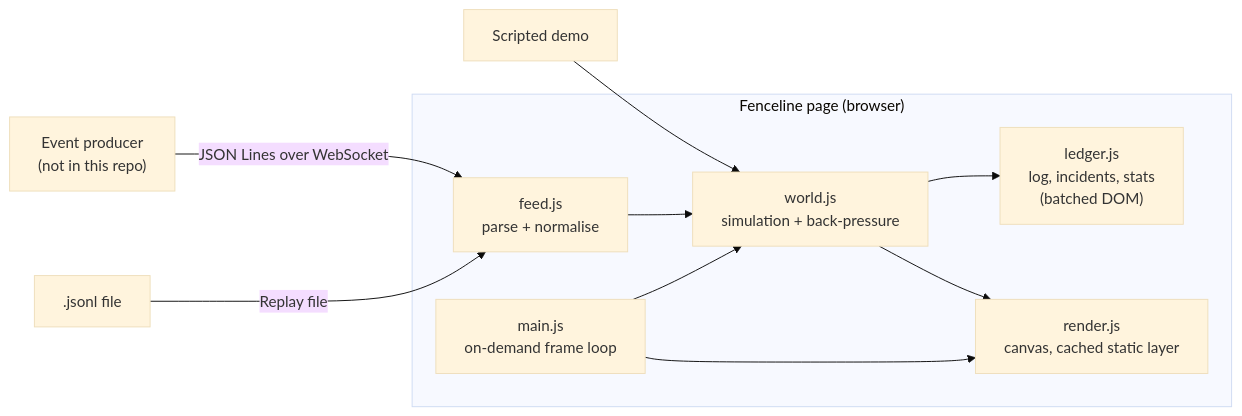
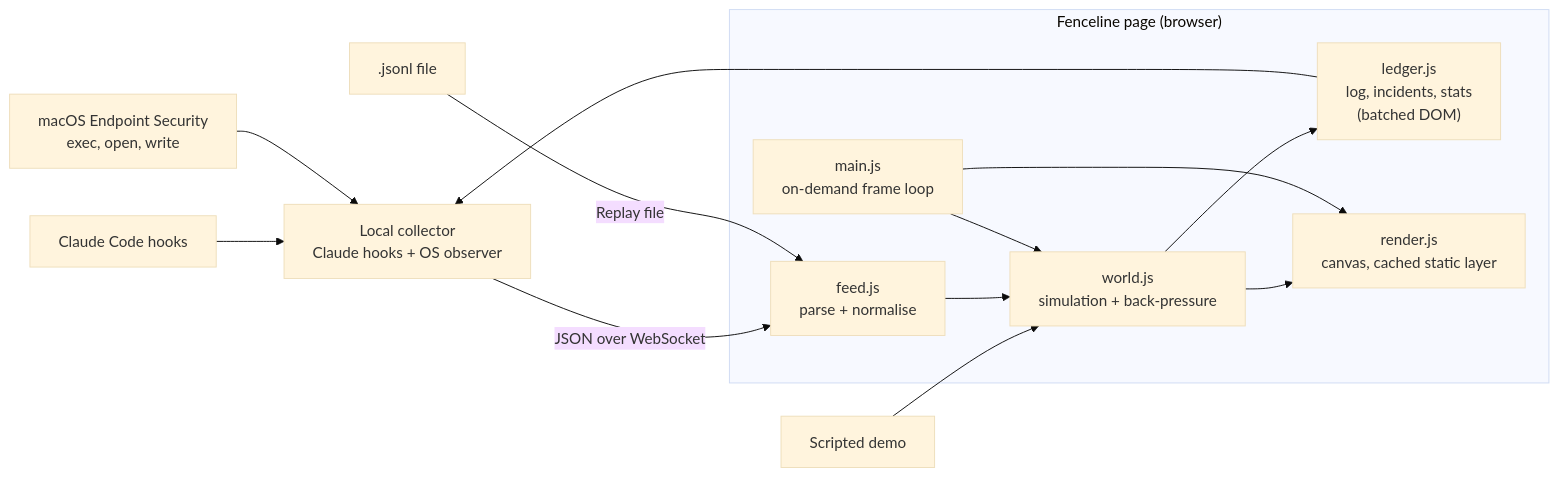
Before and after one commit to kay-bluhuntr/fenceline: the diagram in docs/architecture.md, drawn with Mermaid (base theme). The commit also changed other lines of this file and 28 other files, not shown here.

````diff
--- a/docs/architecture.md
+++ b/docs/architecture.md
@@ -6,13 +7,16 @@
 ```mermaid
 flowchart LR
-  P["Event producer<br/>(not in this repo)"] -- "JSON Lines over WebSocket" --> F
+  H["Claude Code hooks"] --> COLLECTOR["Local collector<br/>Claude hooks + OS observer"]
+  E["macOS Endpoint Security<br/>exec, open, write"] --> COLLECTOR
+  L["Lite sampler<br/>ps + lsof"] --> COLLECTOR
+  COLLECTOR -- "JSON over WebSocket" --> F
   R[".jsonl file"] -- "Replay file" --> F
   D["Scripted demo"] --> W
   subgraph Page["Fenceline page (browser)"]
     F["feed.js<br/>parse + normalise"] --> W["world.js<br/>simulation + back-pressure"]
     W --> L["ledger.js<br/>log, incidents, stats<br/>(batched DOM)"]
     W --> C["render.js<br/>canvas, cached static layer"]
     M["main.js<br/>on-demand frame loop"] --> W
     M --> C
   end
 ```
````
